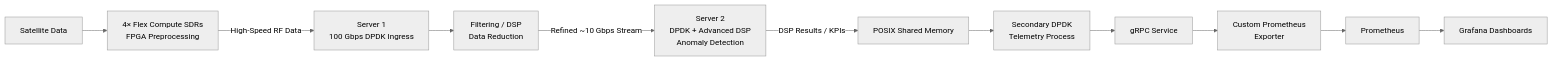
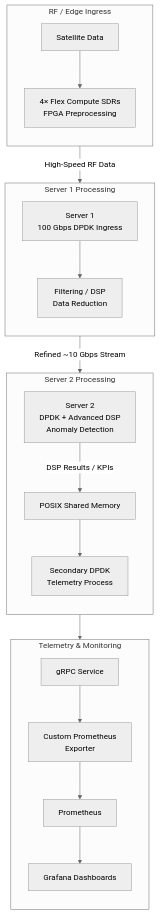
Before and after one commit to ronok-shahariar/ronok-shahariar.github.io: the first of 13 diagrams in _portfolio/2024-07-16-part4-monitoring.md, drawn with Mermaid (neutral theme). The commit also changed other lines of this file and 11 other files, not shown here.

Commit message:
minor figure error

````diff
--- a/_portfolio/2024-07-16-part4-monitoring.md
+++ b/_portfolio/2024-07-16-part4-monitoring.md
@@ -62,45 +62,41 @@
 ```mermaid
-flowchart LR
+flowchart TD
 
-    SAT["Satellite Data"]
+    subgraph EDGE["RF / Edge Ingress"]
+        direction TB
+        SAT["Satellite Data"]
+        SDR["4× Flex Compute SDRs<br/>FPGA Preprocessing"]
+        SAT --> SDR
+    end
 
-    SDR["4× Flex Compute SDRs<br/>FPGA Preprocessing"]
+    subgraph SERVER1["Server 1 Processing"]
+        direction TB
+        S1["Server 1<br/>100 Gbps DPDK Ingress"]
+        REDUCE["Filtering / DSP<br/>Data Reduction"]
+        S1 --> REDUCE
+    end
 
-    S1["Server 1<br/>100 Gbps DPDK Ingress"]
+    subgraph SERVER2["Server 2 Processing"]
+        direction TB
+        S2["Server 2<br/>DPDK + Advanced DSP<br/>Anomaly Detection"]
+        SHM["POSIX Shared Memory"]
+        SECONDARY["Secondary DPDK<br/>Telemetry Process"]
+        S2 -->|"DSP Results / KPIs"| SHM
+        SHM --> SECONDARY
+    end
 
-    REDUCE["Filtering / DSP<br/>Data Reduction"]
+    subgraph MONITORING["Telemetry & Monitoring"]
+        direction TB
+        GRPC["gRPC Service"]
+        EXPORTER["Custom Prometheus<br/>Exporter"]
+        PROM["Prometheus"]
+        GRAFANA["Grafana Dashboards"]
+        GRPC --> EXPORTER
+        EXPORTER --> PROM
+        PROM --> GRAFANA
+    end
 
-    S2["Server 2<br/>DPDK + Advanced DSP<br/>Anomaly Detection"]
-
-    SHM["POSIX Shared Memory"]
-
-    SECONDARY["Secondary DPDK<br/>Telemetry Process"]
-
-    GRPC["gRPC Service"]
-
-    EXPORTER["Custom Prometheus<br/>Exporter"]
-
-    PROM["Prometheus"]
-
-    GRAFANA["Grafana Dashboards"]
-
-    SAT --> SDR
-
-    SDR -->|High-Speed RF Data| S1
-
-    S1 --> REDUCE
-
-    REDUCE -->|Refined ~10 Gbps Stream| S2
-
-    S2 -->|DSP Results / KPIs| SHM
-
-    SHM --> SECONDARY
-
+    SDR -->|"High-Speed RF Data"| S1
+    REDUCE -->|"Refined ~10 Gbps Stream"| S2
     SECONDARY --> GRPC
-
-    GRPC --> EXPORTER
-
-    EXPORTER --> PROM
-
-    PROM --> GRAFANA
 ```
````
